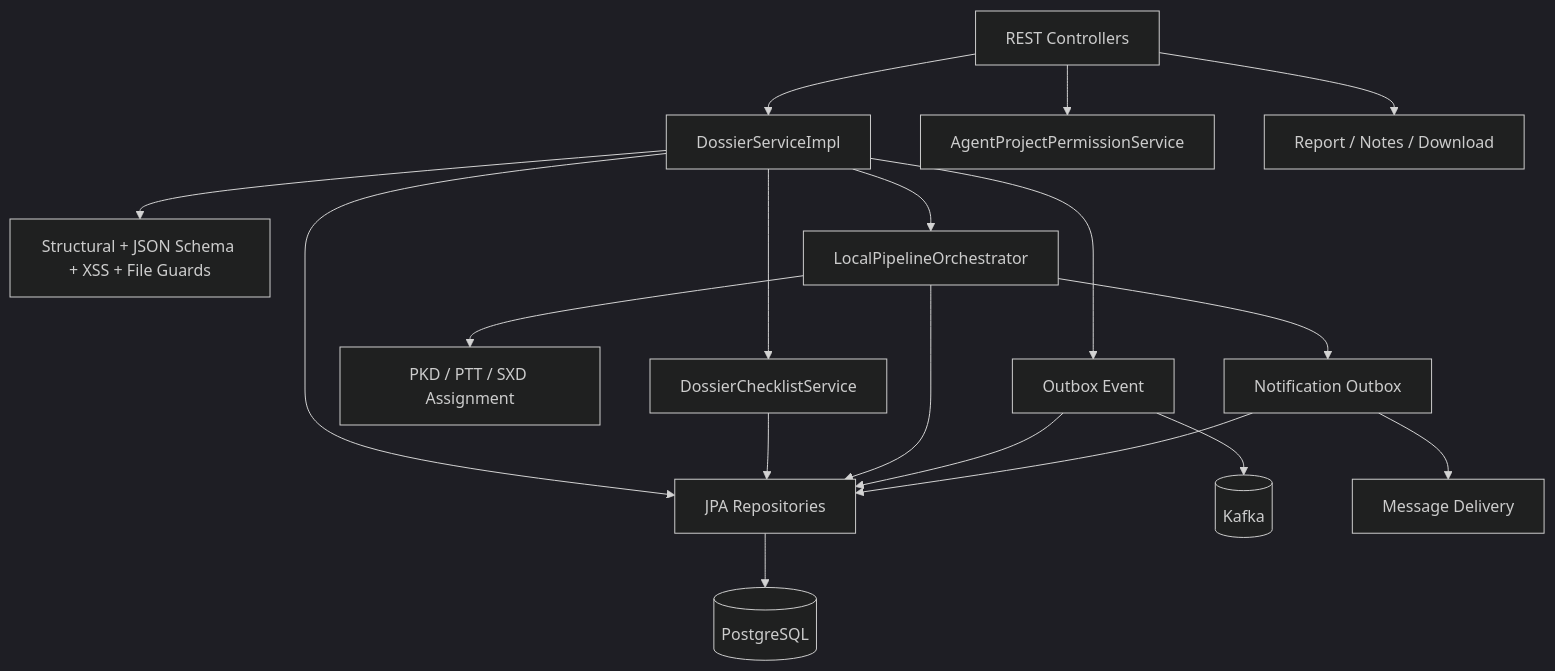
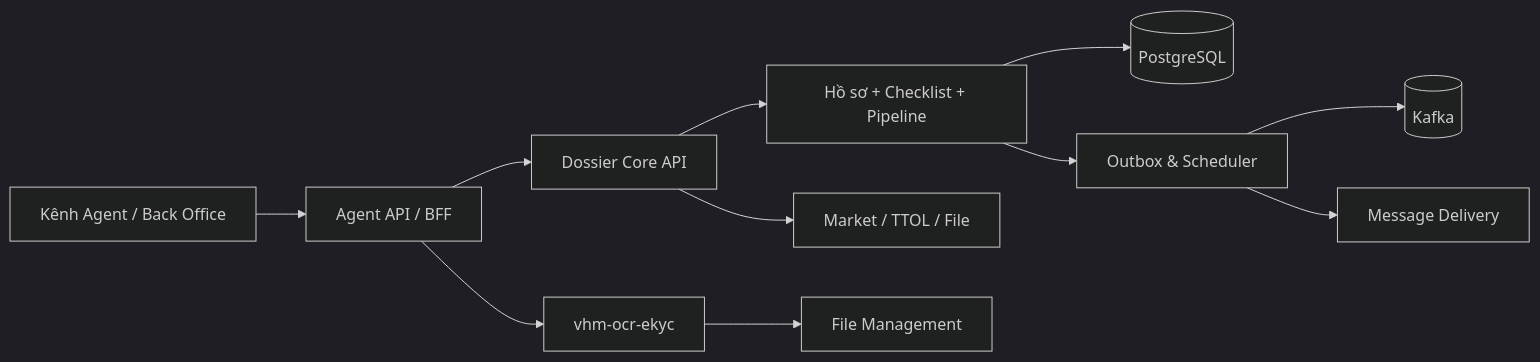
Before and after one commit to huynv-xyz/vhm: the second of 7 diagrams in tdd-dossier.md, drawn with Mermaid (dark theme). The commit also changed other lines of this file, not shown here.

````diff
--- a/tdd-dossier.md
+++ b/tdd-dossier.md
@@ -194,20 +196,13 @@
 ```mermaid
-flowchart TB
-    Controller[REST Controllers] --> Dossier[DossierServiceImpl]
-    Controller --> Permission[AgentProjectPermissionService]
-    Controller --> Report[Report / Notes / Download]
-    Dossier --> Guard[Structural + JSON Schema + XSS + File Guards]
-    Dossier --> Checklist[DossierChecklistService]
-    Dossier --> Pipeline[LocalPipelineOrchestrator]
-    Pipeline --> Assignment[PKD / PTT / SXD Assignment]
-    Dossier --> Outbox[Outbox Event]
-    Pipeline --> Noti[Notification Outbox]
-    Dossier --> Repo[JPA Repositories]
-    Checklist --> Repo
-    Pipeline --> Repo
-    Outbox --> Repo
-    Noti --> Repo
-    Repo --> DB[(PostgreSQL)]
-    Outbox --> Kafka[(Kafka)]
-    Noti --> Message[Message Delivery]
+flowchart LR
+    Channel[Kênh Agent / Back Office] --> BFF[Agent API / BFF]
+    BFF --> API[Dossier Core API]
+    API --> Domain[Hồ sơ + Checklist + Pipeline]
+    Domain --> DB[(PostgreSQL)]
+    Domain --> Relay[Outbox & Scheduler]
+    Relay --> Kafka[(Kafka)]
+    Relay --> Message[Message Delivery]
+    BFF --> OCR[vhm-ocr-ekyc]
+    OCR --> File[File Management]
+    API --> Enterprise[Market / TTOL / File]
 ```
````
